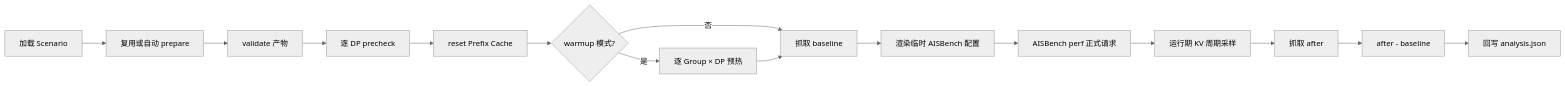
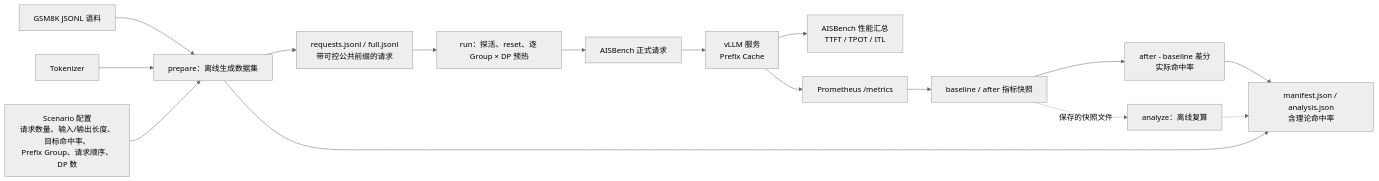
The diagram in docs/source_zh_cn/advanced_tutorials/prefix_cache.md (AISBench/benchmark), drawn with Mermaid (neutral theme) before and after one commit. The commit also changed other lines of this file and 7 other files, not shown here.

First line of the commit message:
[doc]fix prefix cache doc (#592)

````diff
--- a/docs/source_zh_cn/advanced_tutorials/prefix_cache.md
+++ b/docs/source_zh_cn/advanced_tutorials/prefix_cache.md
@@ -126,17 +12,18 @@
 ```mermaid
 flowchart LR
-    S[加载 Scenario] --> P[复用或自动 prepare]
-    P --> V[validate 产物]
-    V --> C[逐 DP precheck]
-    C --> R[reset Prefix Cache]
-    R --> W{warmup 模式?}
-    W -->|是| U[逐 Group × DP 预热]
-    W -->|否| B[抓取 baseline]
-    U --> B
-    B --> G[渲染临时 AISBench 配置]
-    G --> F[AISBench perf 正式请求]
-    F --> K[运行期 KV 周期采样]
-    K --> A[抓取 after]
-    A --> D[after - baseline]
-    D --> O[回写 analysis.json]
+    C[GSM8K JSONL 语料] --> PR[prepare：离线生成数据集]
+    TK[Tokenizer] --> PR
+    SC[Scenario 配置<br/>请求数量、输入/输出长度、目标命中率、<br/>Prefix Group、请求顺序、DP 数] --> PR
+    PR --> D1[requests.jsonl / full.jsonl<br/>带可控公共前缀的请求]
+    PR --> D2[manifest.json / analysis.json<br/>含理论命中率]
+    D1 --> RU[run：探活、reset、逐 Group × DP 预热]
+    RU --> AI[AISBench 正式请求]
+    AI --> VL[vLLM 服务<br/>Prefix Cache]
+    VL --> PF[AISBench 性能汇总<br/>TTFT / TPOT / ITL]
+    VL --> PM[Prometheus /metrics]
+    PM --> SN[baseline / after 指标快照]
+    SN --> DF[after - baseline 差分<br/>实际命中率]
+    DF --> D2
+    SN -. 保存的快照文件 .-> AZ[analyze：离线复算]
+    AZ -.-> D2
 ```
````
